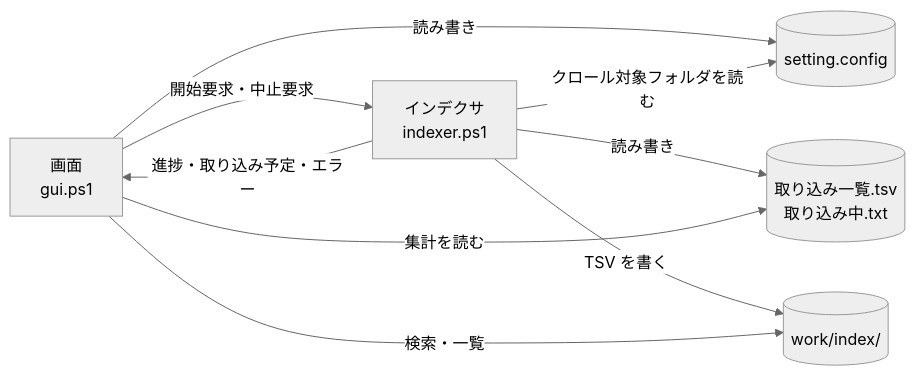
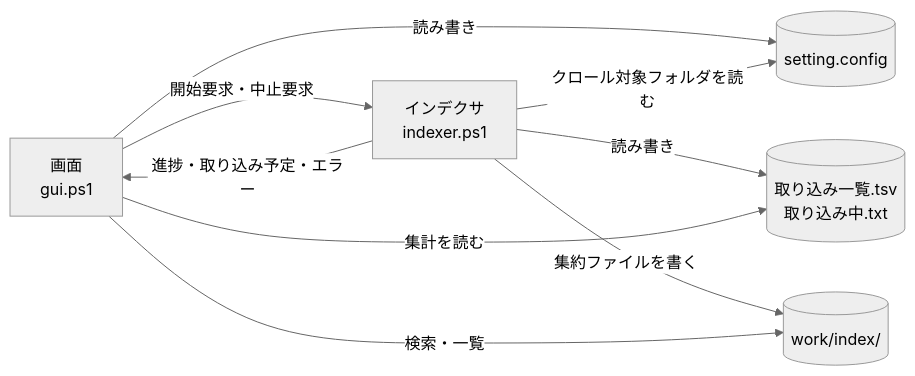
Before and after one commit to hsgwa/tebunko: the first of 2 diagrams in docs/00_共通_1_フォルダ構成と設定ファイル.md, drawn with Mermaid (neutral theme). The commit also changed other lines of this file and 53 other files, not shown here.

````diff
--- a/docs/00_共通_1_フォルダ構成と設定ファイル.md
+++ b/docs/00_共通_1_フォルダ構成と設定ファイル.md
@@ -105,16 +105,16 @@
 ```mermaid
 flowchart LR
     CFG[("setting.config")]
     GUI["画面<br>gui.ps1"]
     IDX["インデクサ<br>indexer.ps1"]
     ST[("取り込み一覧.tsv<br>取り込み中.txt")]
     IX[("work/index/")]
     GUI -- 読み書き --> CFG
     IDX -- クロール対象フォルダを読む --> CFG
     IDX -- 進捗・取り込み予定・エラー --> GUI
     GUI -- 開始要求・中止要求 --> IDX
     IDX -- 読み書き --> ST
-    IDX -- TSV を書く --> IX
+    IDX -- 集約ファイルを書く --> IX
     GUI -- 検索・一覧 --> IX
     GUI -- 集計を読む --> ST
 ```
````
